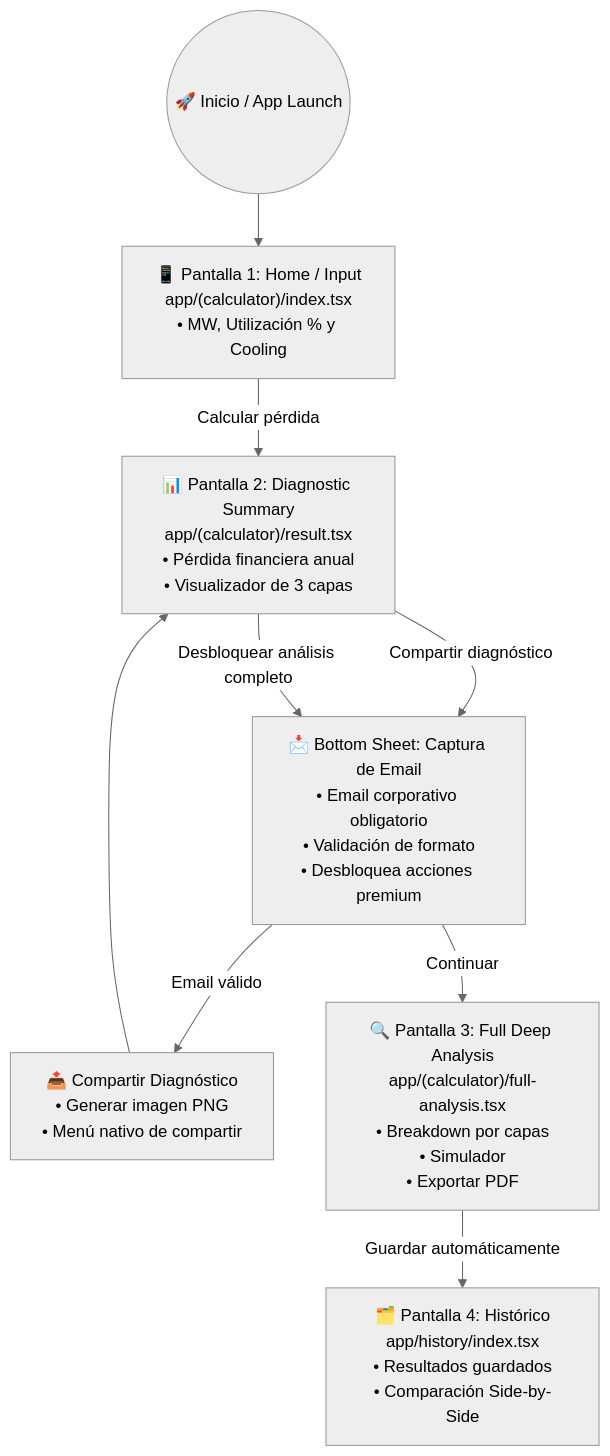
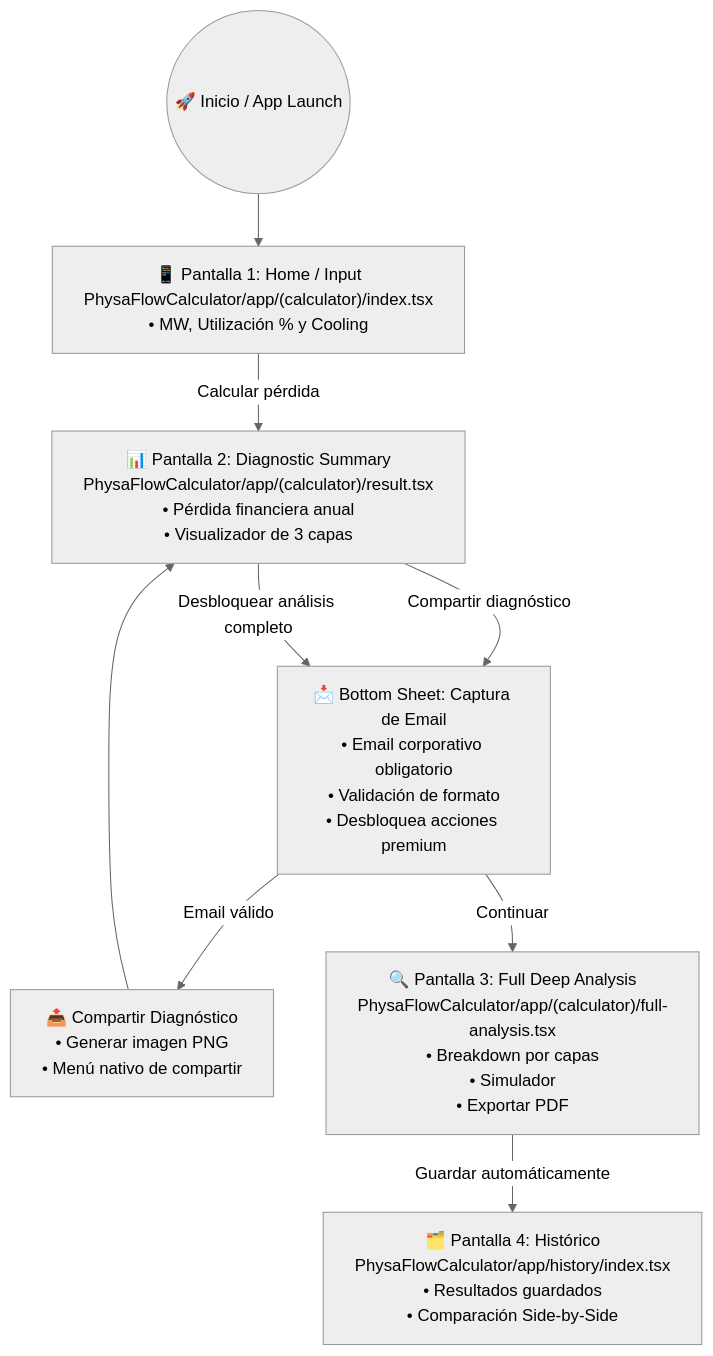
One commit to No-Country-simulation/S07-26-Team-31 changed the diagram in docs/development/03-user-flow.md. Above: the diagram before and after it, drawn with Mermaid (neutral theme). The commit also changed 2 other files, not shown here.

Commit message:
resolve conflict readme

````diff
--- a/docs/development/03-user-flow.md
+++ b/docs/development/03-user-flow.md
@@ -9,33 +9,33 @@
 ```mermaid
 graph TD
     %% Pantallas
     START(("🚀 Inicio / App Launch"))
 
-    S1["📱 Pantalla 1: Home / Input<br/>app/(calculator)/index.tsx<br/>• MW, Utilización % y Cooling"]
+    S1["📱 Pantalla 1: Home / Input<br/>PhysaFlowCalculator/app/(calculator)/index.tsx<br/>• MW, Utilización % y Cooling"]
 
-    S2["📊 Pantalla 2: Diagnostic Summary<br/>app/(calculator)/result.tsx<br/>• Pérdida financiera anual<br/>• Visualizador de 3 capas"]
+    S2["📊 Pantalla 2: Diagnostic Summary<br/>PhysaFlowCalculator/app/(calculator)/result.tsx<br/>• Pérdida financiera anual<br/>• Visualizador de 3 capas"]
 
     MODAL["📩 Bottom Sheet: Captura de Email<br/>• Email corporativo obligatorio<br/>• Validación de formato<br/>• Desbloquea acciones premium"]
 
     SHARE["📤 Compartir Diagnóstico<br/>• Generar imagen PNG<br/>• Menú nativo de compartir"]
 
-    S3["🔍 Pantalla 3: Full Deep Analysis<br/>app/(calculator)/full-analysis.tsx<br/>• Breakdown por capas<br/>• Simulador<br/>• Exportar PDF"]
+    S3["🔍 Pantalla 3: Full Deep Analysis<br/>PhysaFlowCalculator/app/(calculator)/full-analysis.tsx<br/>• Breakdown por capas<br/>• Simulador<br/>• Exportar PDF"]
 
-    S4["🗂️ Pantalla 4: Histórico<br/>app/history/index.tsx<br/>• Resultados guardados<br/>• Comparación Side-by-Side"]
+    S4["🗂️ Pantalla 4: Histórico<br/>PhysaFlowCalculator/app/history/index.tsx<br/>• Resultados guardados<br/>• Comparación Side-by-Side"]
 
     %% Flujo principal
     START --> S1
     S1 -->|"Calcular pérdida"| S2
 
     %% Gate de email
     S2 -->|"Compartir diagnóstico"| MODAL
     S2 -->|"Desbloquear análisis completo"| MODAL
 
     %% Acciones habilitadas tras email
     MODAL -->|"Email válido"| SHARE
     MODAL -->|"Continuar"| S3
 
     %% Flujo final
     SHARE --> S2
     S3 -->|"Guardar automáticamente"| S4
 ```
````
